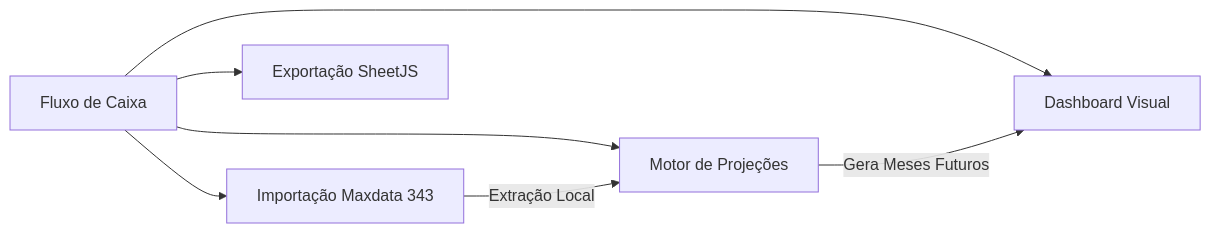
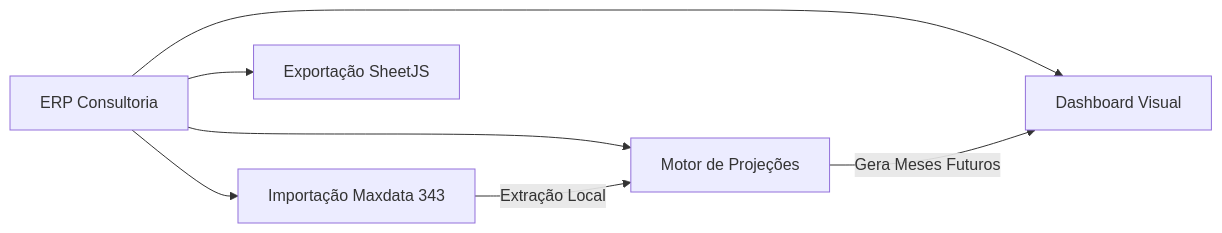
Before and after one commit to parreirapaulohenrique-hash/parreirasistemas: diagram 11 of 11 in platform/NOVO_AGENTE.md, drawn with Mermaid. The commit also changed other lines of this file and 4 other files, not shown here.

````diff
--- a/platform/NOVO_AGENTE.md
+++ b/platform/NOVO_AGENTE.md
@@ -216,9 +216,9 @@
 ```mermaid
 graph LR
-    FC[Fluxo de Caixa] --> Imp[Importação Maxdata 343]
+    FC[ERP Consultoria] --> Imp[Importação Maxdata 343]
     FC --> Proj[Motor de Projeções]
     FC --> Dash[Dashboard Visual]
     FC --> Exp[Exportação SheetJS]
     Imp -->|Extração Local| Proj
     Proj -->|Gera Meses Futuros| Dash
 ```
````
